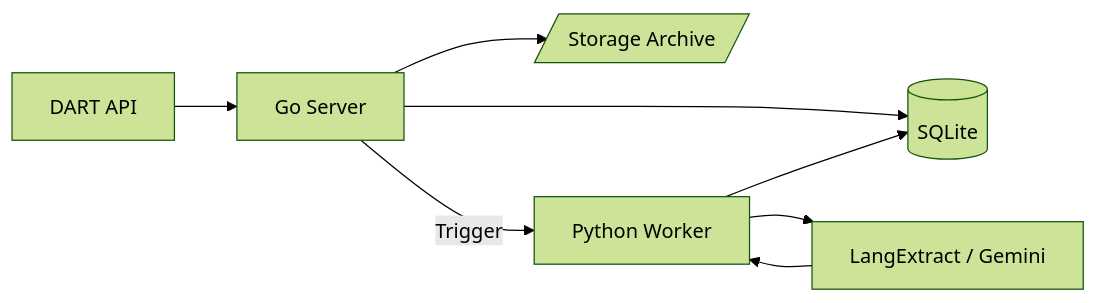
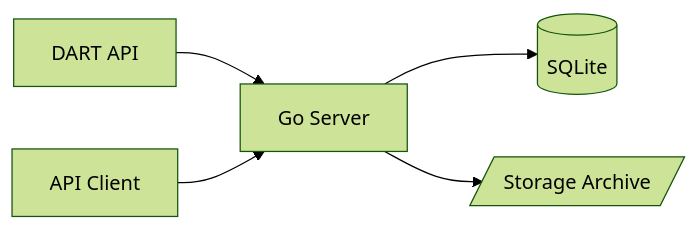
Before and after one commit to mgcha85/dart-etl: the diagram in README.md, drawn with Mermaid (forest theme). The commit also changed other lines of this file and 6 other files, not shown here.

````diff
--- a/README.md
+++ b/README.md
@@ -11,10 +11,7 @@
 ```mermaid
 graph LR
     DART[DART API] --> Go[Go Server]
     Go --> DB[(SQLite)]
     Go --> Storage[/Storage Archive/]
-    Go -- Trigger --> Py[Python Worker]
-    Py --> LangExtract[LangExtract / Gemini]
-    LangExtract --> Py
-    Py --> DB
+    Client[API Client] --> Go
 ```
````
